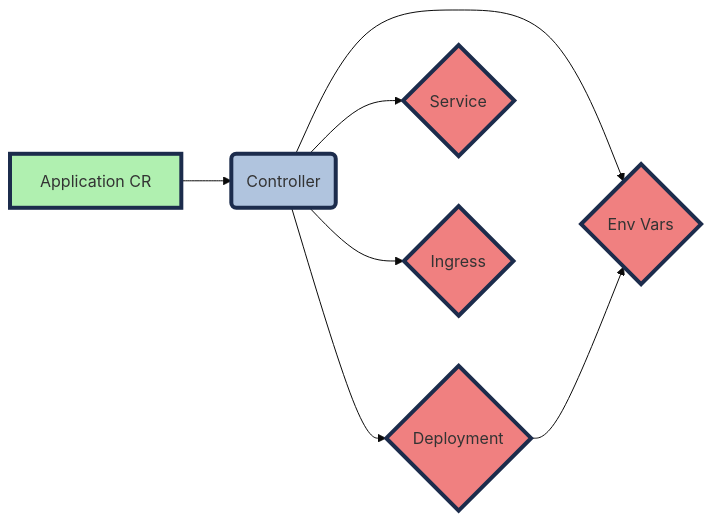
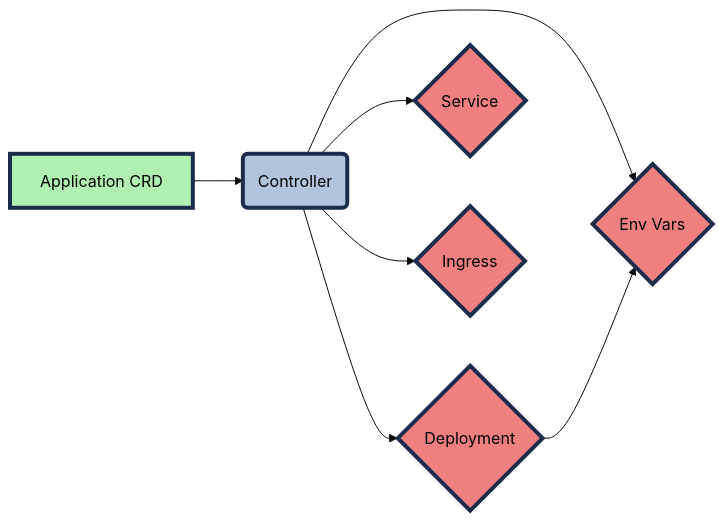
Before and after one commit to sakiib/application-lifecycle-manager: the diagram in README.md, drawn with Mermaid (base theme).

Commit message:
fix lint errors

````diff
--- a/README.md
+++ b/README.md
@@ -63,15 +63,15 @@
 ```mermaid
 graph LR
-    A[Application CR] --> B(Controller);
+    A[Application CRD] --> B(Controller);
     B --> C{Deployment};
     B --> D{Service};
     B --> E{Ingress};
     B --> F{Env Vars};
     C --> F{Env Vars};
-    style A fill:#b0f0b0,stroke:#1c2c4c,stroke-width:4px
-    style B fill:#b0c4de,stroke:#1c2c4c,stroke-width:4px
-    style C fill:#f08080,stroke:#1c2c4c,stroke-width:4px
-    style D fill:#f08080,stroke:#1c2c4c,stroke-width:4px
-    style E fill:#f08080,stroke:#1c2c4c,stroke-width:4px
-    style F fill:#f08080,stroke:#1c2c4c,stroke-width:4px
+    style A fill:#b0f0b0,stroke:#1c2c4c,stroke-width:4px,color:#000
+    style B fill:#b0c4de,stroke:#1c2c4c,stroke-width:4px,color:#000
+    style C fill:#f08080,stroke:#1c2c4c,stroke-width:4px,color:#000
+    style D fill:#f08080,stroke:#1c2c4c,stroke-width:4px,color:#000
+    style E fill:#f08080,stroke:#1c2c4c,stroke-width:4px,color:#000
+    style F fill:#f08080,stroke:#1c2c4c,stroke-width:4px,color:#000
 ```
````
